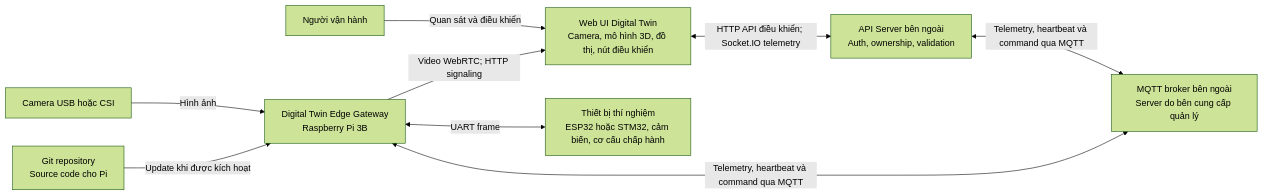
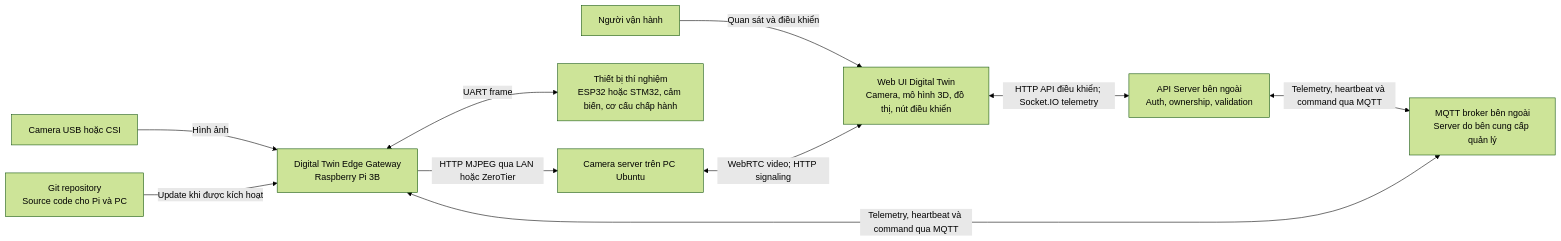
Before and after one commit to dugati201-glitch/digital_twin: the diagram in docs/01-context.md, drawn with Mermaid (forest theme). The commit also changed other lines of this file and 23 other files, not shown here.

Commit message:
Split camera pipeline into Pi MJPEG and PC WebRTC

````diff
--- a/docs/01-context.md
+++ b/docs/01-context.md
@@ -9,24 +9,26 @@
 ```mermaid
 flowchart LR
     user["Người vận hành"]
     web["Web UI Digital Twin
 Camera, mô hình 3D, đồ thị, nút điều khiển"]
     api["API Server bên ngoài
 Auth, ownership, validation"]
     edge["Digital Twin Edge Gateway
 Raspberry Pi 3B"]
     mcu["Thiết bị thí nghiệm
 ESP32 hoặc STM32, cảm biến, cơ cấu chấp hành"]
     camera["Camera USB hoặc CSI"]
     repo["Git repository
-Source code cho Pi"]
+Source code cho Pi và PC"]
     user -->|"Quan sát và điều khiển"| web
     web <-->|"HTTP API điều khiển; Socket.IO telemetry"| api
     broker["MQTT broker bên ngoài<br/>Server do bên cung cấp quản lý"]
     api <-->|"Telemetry, heartbeat và command qua MQTT"| broker
     edge <-->|"Telemetry, heartbeat và command qua MQTT"| broker
-    edge -->|"Video WebRTC; HTTP signaling"| web
+    camera_server["Camera server trên PC Ubuntu"]
+    edge -->|"HTTP MJPEG qua LAN hoặc ZeroTier"| camera_server
+    camera_server <-->|"WebRTC video; HTTP signaling"| web
     edge <-->|"UART frame"| mcu
     camera -->|"Hình ảnh"| edge
     repo -->|"Update khi được kích hoạt"| edge
 ```
````
